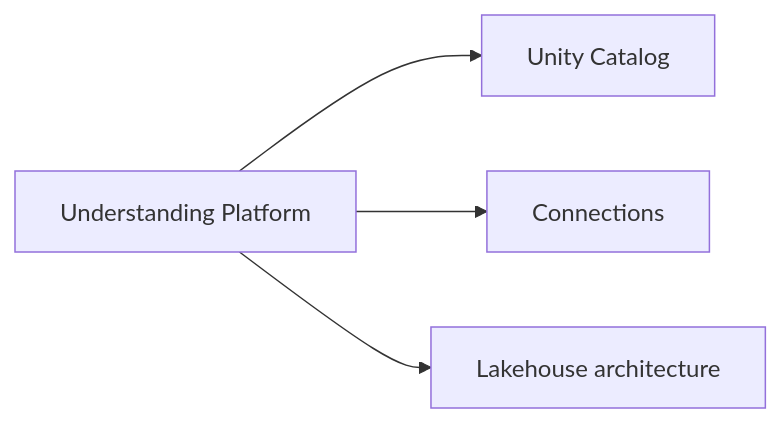
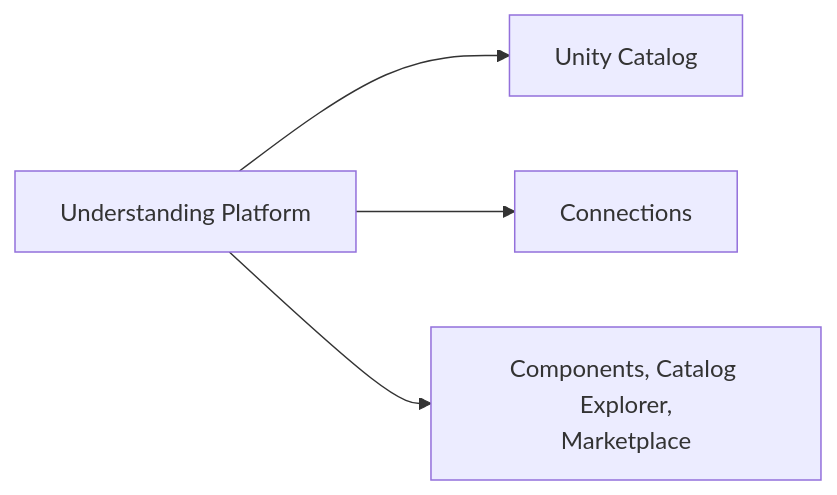
The diagram in certifications/data-analyst-associate/05-understanding-databricks-platform/README.md (kengio/databricks-certification-study-guide), drawn with Mermaid before and after one commit. The commit also changed other lines of this file and 66 other files, not shown here.

````diff
--- a/certifications/data-analyst-associate/05-understanding-databricks-platform/README.md
+++ b/certifications/data-analyst-associate/05-understanding-databricks-platform/README.md
@@ -17,6 +20,6 @@
 ```mermaid
 flowchart LR
     UDP[Understanding Platform] --> UC[Unity Catalog]
     UDP --> Conn[Connections]
-    UDP --> Lake[Lakehouse architecture]
+    UDP --> Comp[Components, Catalog Explorer,<br/>Marketplace]
 ```
````
